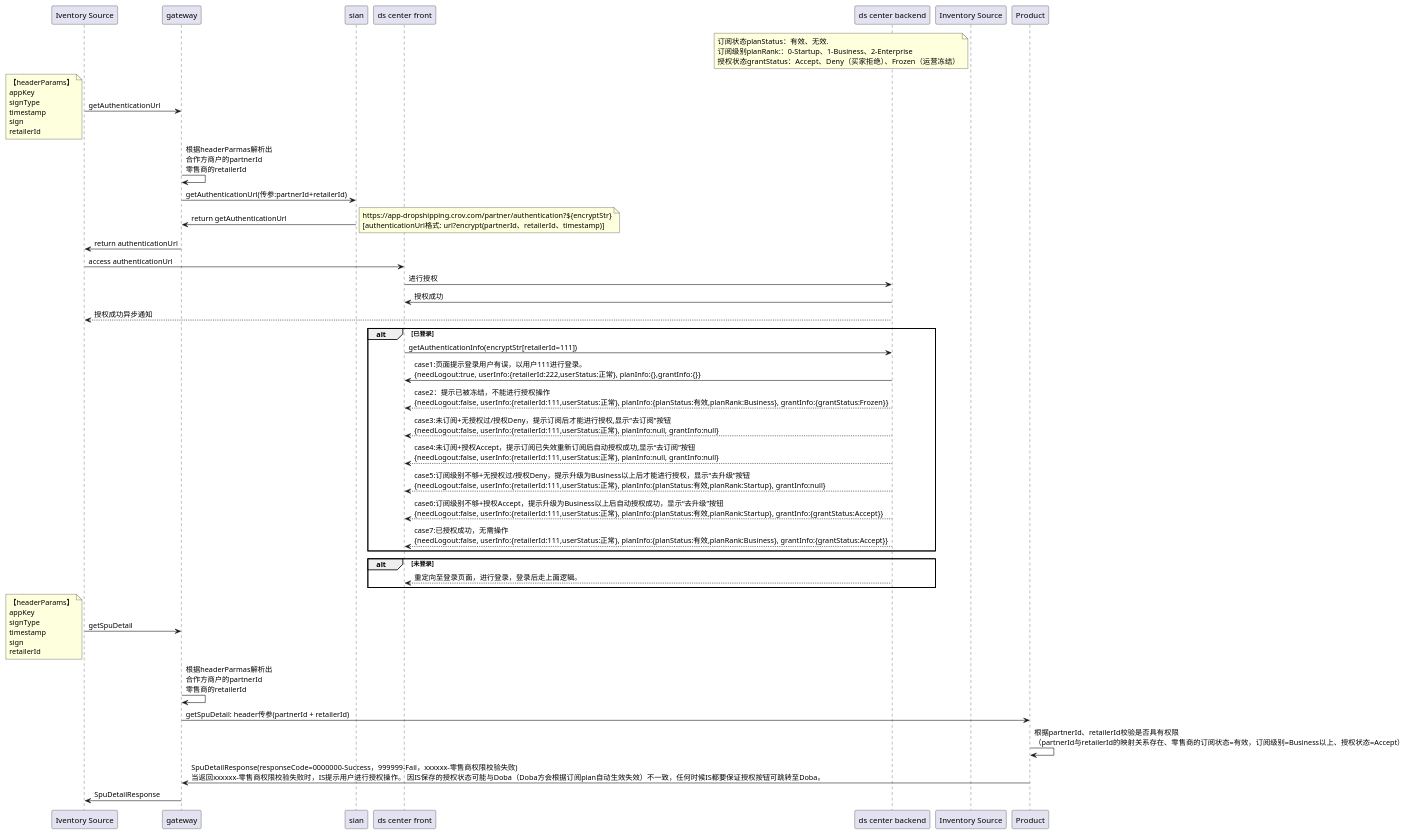
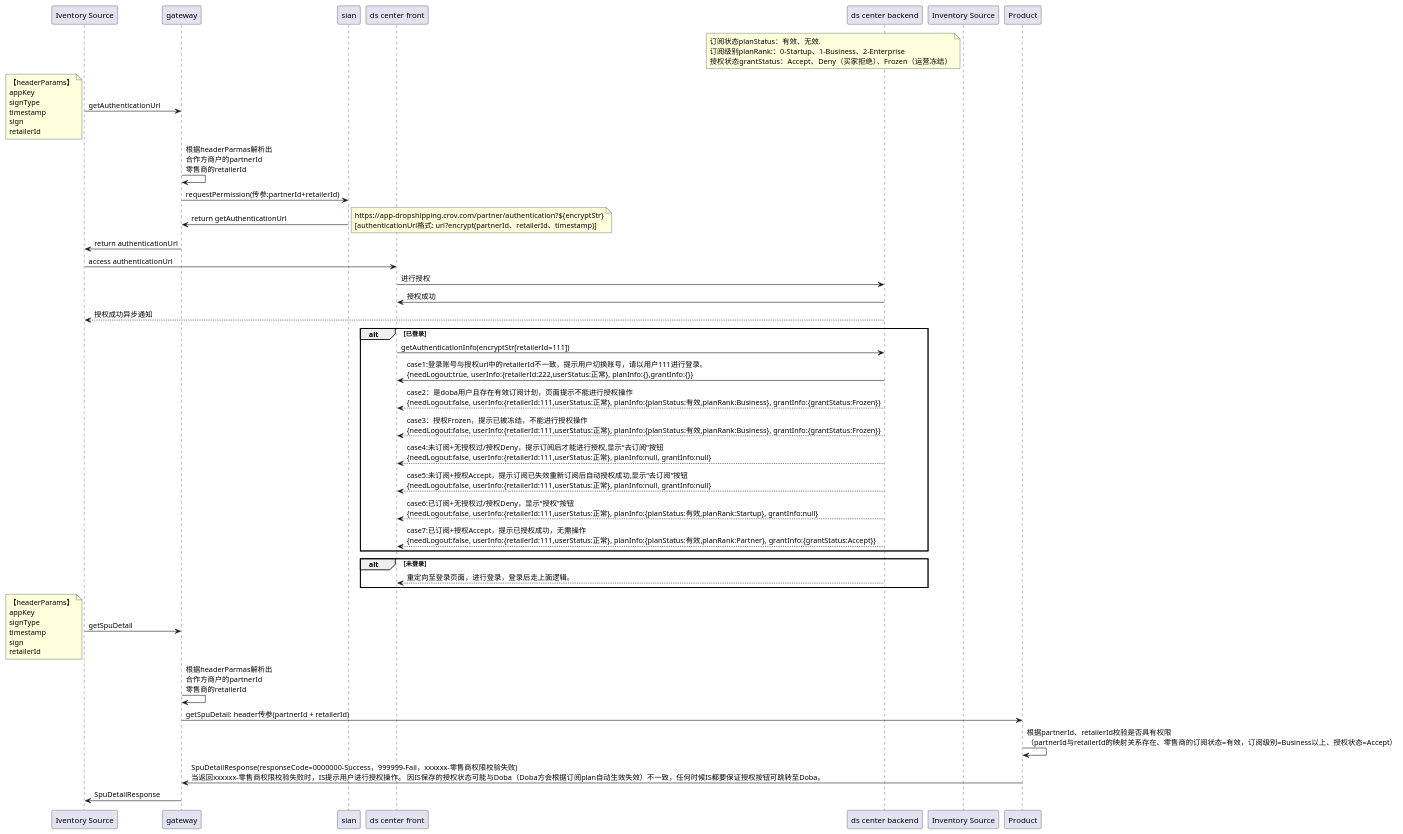
The diagram in plantuml/partnerapi-flow.puml (jkjlovezy/jkj-demo), drawn with PlantUML before and after one commit. The commit also changed 11 other files, not shown here.

```diff
--- a/plantuml/partnerapi-flow.puml
+++ b/plantuml/partnerapi-flow.puml
@@ -1,40 +1,40 @@
 @startuml
 participant "Iventory Source" as IS
 participant gateway
 participant sian
 participant "ds center front" as DS
 participant "ds center backend" as DS2
 note left of "Inventory Source" : 订阅状态planStatus：有效、无效. \n订阅级别planRank:：0-Startup、1-Business、2-Enterprise\n授权状态grantStatus：Accept、Deny（买家拒绝）、Frozen（运营冻结）
 IS -> gateway: getAuthenticationUrl
 note left:【headerParams】\nappKey\nsignType\ntimestamp\nsign\nretailerId
 gateway -> gateway: 根据headerParmas解析出\n合作方商户的partnerId\n零售商的retailerId
-gateway->sian: getAuthenticationUrl(传参:partnerId+retailerId)
+gateway->sian: requestPermission(传参:partnerId+retailerId)
 sian->gateway: return getAuthenticationUrl
 note right:https://app-dropshipping.crov.com/partner/authentication?${encryptStr}\n[authenticationUrl格式: url?encrypt(partnerId、retailerId、timestamp)]
 gateway -> IS: return authenticationUrl
 IS->DS: access authenticationUrl
 DS->DS2: 进行授权
 DS2->DS: 授权成功
 DS2-->IS: 授权成功异步通知
 alt 已登录
 DS->DS2: getAuthenticationInfo(encryptStr[retailerId=111])
-DS2->DS: case1:页面提示登录用户有误，以用户111进行登录。\n{needLogout:true, userInfo:{retailerId:222,userStatus:正常}, planInfo:{},grantInfo:{}}
-DS2-->DS: case2：提示已被冻结，不能进行授权操作 \n{needLogout:false, userInfo:{retailerId:111,userStatus:正常}, planInfo:{planStatus:有效,planRank:Business}, grantInfo:{grantStatus:Frozen}}
-DS2-->DS: case3:未订阅+无授权过/授权Deny，提示订阅后才能进行授权,显示“去订阅”按钮 \n{needLogout:false, userInfo:{retailerId:111,userStatus:正常}, planInfo:null, grantInfo:null}
-DS2-->DS: case4:未订阅+授权Accept，提示订阅已失效重新订阅后自动授权成功,显示“去订阅”按钮 \n{needLogout:false, userInfo:{retailerId:111,userStatus:正常}, planInfo:null, grantInfo:null}
-DS2-->DS: case5:订阅级别不够+无授权过/授权Deny，提示升级为Business以上后才能进行授权，显示“去升级”按钮 \n{needLogout:false, userInfo:{retailerId:111,userStatus:正常}, planInfo:{planStatus:有效,planRank:Startup}, grantInfo:null}
-DS2-->DS: case6:订阅级别不够+授权Accept，提示升级为Business以上后自动授权成功，显示“去升级”按钮 \n{needLogout:false, userInfo:{retailerId:111,userStatus:正常}, planInfo:{planStatus:有效,planRank:Startup}, grantInfo:{grantStatus:Accept}}
-DS2-->DS: case7:已授权成功，无需操作\n{needLogout:false, userInfo:{retailerId:111,userStatus:正常}, planInfo:{planStatus:有效,planRank:Business}, grantInfo:{grantStatus:Accept}}
+DS2->DS: case1:登录账号与授权url中的retailerId不一致，提示用户切换账号，请以用户111进行登录。\n{needLogout:true, userInfo:{retailerId:222,userStatus:正常}, planInfo:{},grantInfo:{}}
+DS2-->DS: case2：是doba用户且存在有效订阅计划，页面提示不能进行授权操作 \n{needLogout:false, userInfo:{retailerId:111,userStatus:正常}, planInfo:{planStatus:有效,planRank:Business}, grantInfo:{grantStatus:Frozen}}
+DS2-->DS: case3：授权Frozen，提示已被冻结，不能进行授权操作 \n{needLogout:false, userInfo:{retailerId:111,userStatus:正常}, planInfo:{planStatus:有效,planRank:Business}, grantInfo:{grantStatus:Frozen}}
+DS2-->DS: case4:未订阅+无授权过/授权Deny，提示订阅后才能进行授权,显示“去订阅”按钮 \n{needLogout:false, userInfo:{retailerId:111,userStatus:正常}, planInfo:null, grantInfo:null}
+DS2-->DS: case5:未订阅+授权Accept，提示订阅已失效重新订阅后自动授权成功,显示“去订阅”按钮 \n{needLogout:false, userInfo:{retailerId:111,userStatus:正常}, planInfo:null, grantInfo:null}
+DS2-->DS: case6:已订阅+无授权过/授权Deny，显示“授权”按钮 \n{needLogout:false, userInfo:{retailerId:111,userStatus:正常}, planInfo:{planStatus:有效,planRank:Startup}, grantInfo:null}
+DS2-->DS: case7:已订阅+授权Accept，提示已授权成功，无需操作 \n{needLogout:false, userInfo:{retailerId:111,userStatus:正常}, planInfo:{planStatus:有效,planRank:Partner}, grantInfo:{grantStatus:Accept}}
 end
 alt 未登录
 DS2-->DS:重定向至登录页面，进行登录，登录后走上面逻辑。
 end
 
 IS->gateway: getSpuDetail
 note left:【headerParams】\nappKey\nsignType\ntimestamp\nsign\nretailerId
 gateway -> gateway: 根据headerParmas解析出\n合作方商户的partnerId\n零售商的retailerId
 gateway -> Product: getSpuDetail: header传参(partnerId + retailerId)
 Product -> Product: 根据partnerId、retailerId校验是否具有权限\n（partnerId与retailerId的映射关系存在、零售商的订阅状态=有效，订阅级别=Business以上、授权状态=Accept）
 Product->gateway: SpuDetailResponse(responseCode=0000000-Success，999999-Fail，xxxxxx-零售商权限校验失败)\n当返回xxxxxx-零售商权限校验失败时，IS提示用户进行授权操作。 因IS保存的授权状态可能与Doba（Doba方会根据订阅plan自动生效失效）不一致，任何时候IS都要保证授权按钮可跳转至Doba。
 gateway->IS: SpuDetailResponse
 @enduml
```
